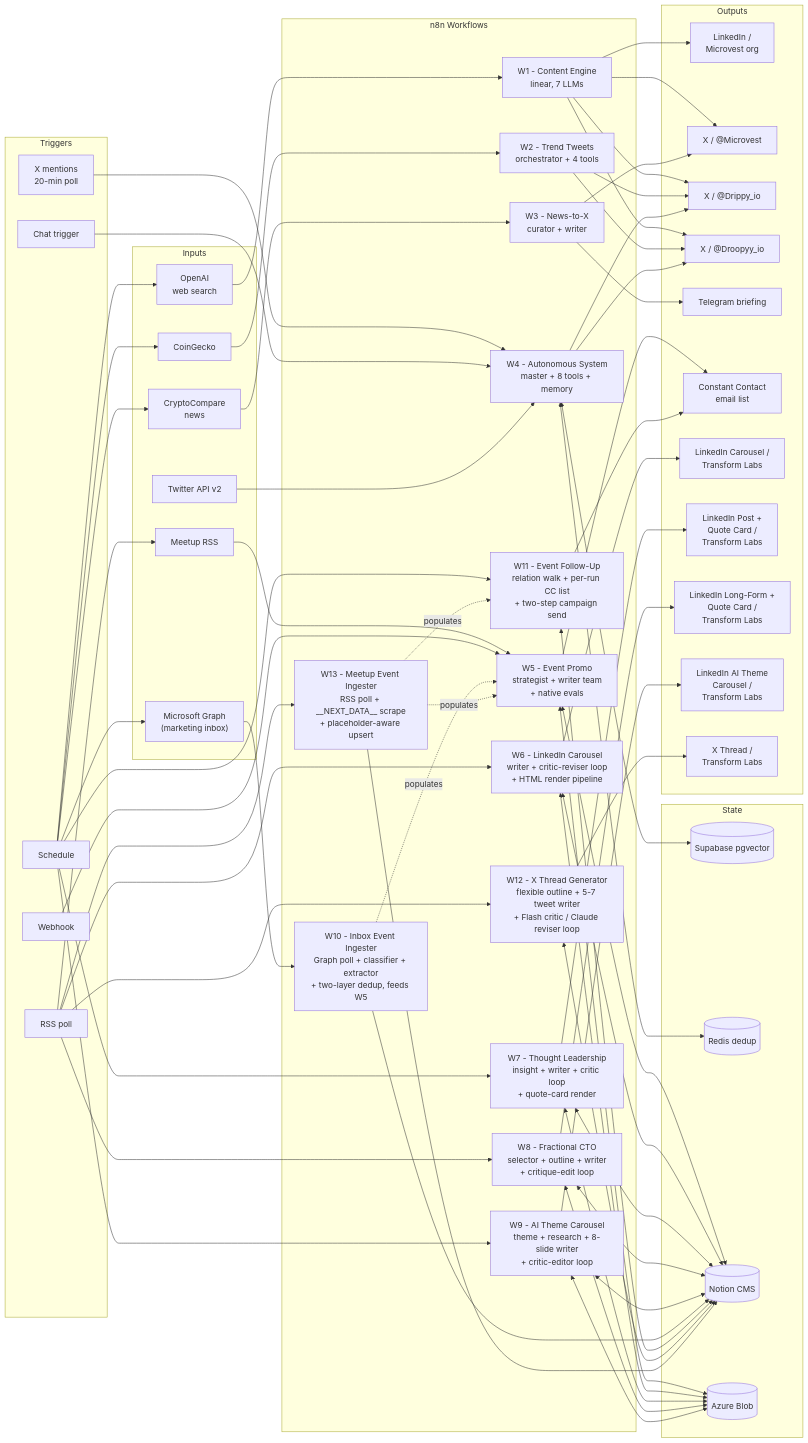
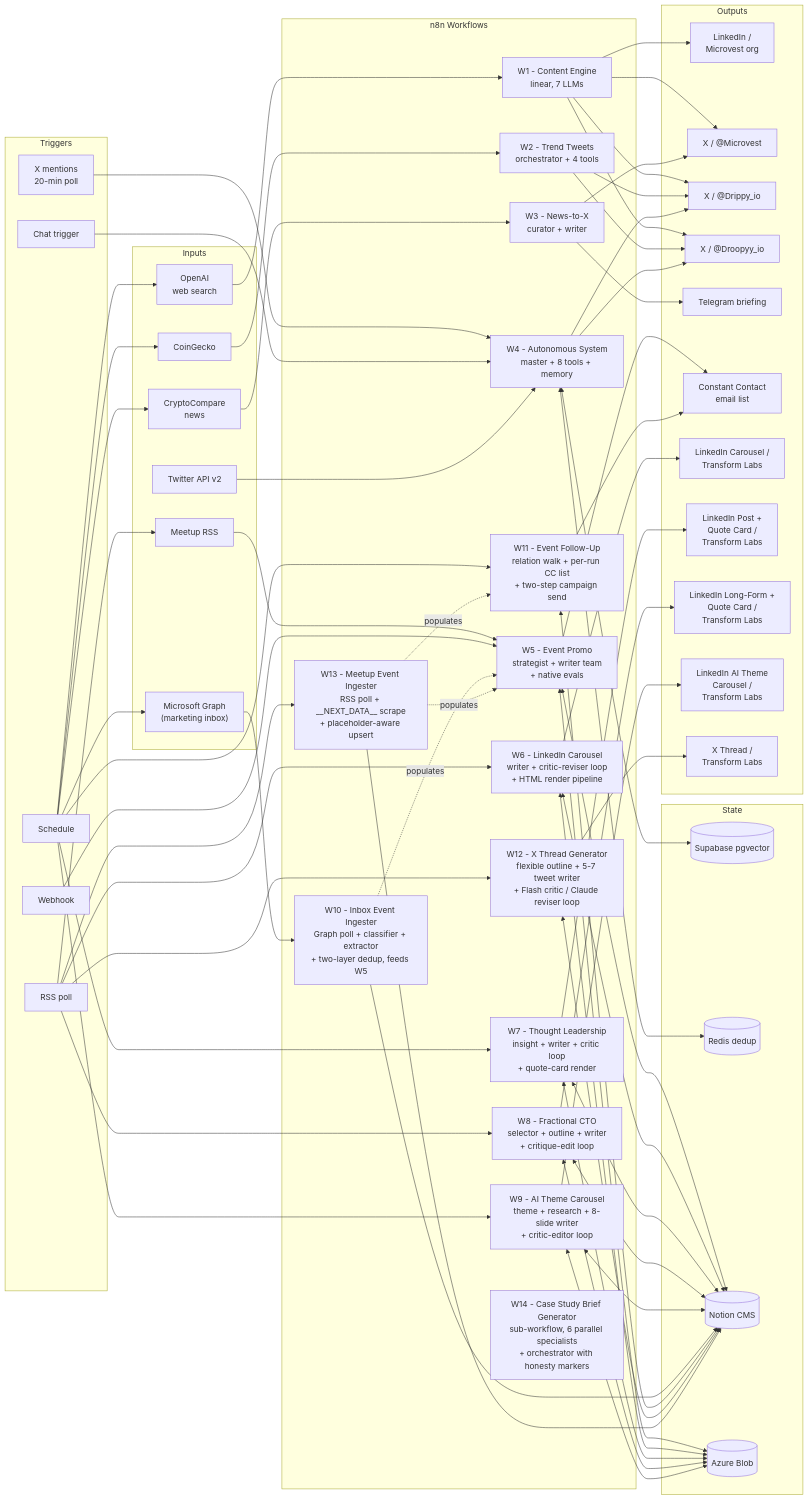
Before and after one commit to Talonsturgill/Automations: the diagram in README.md, drawn with Mermaid. The commit also changed other lines of this file and 2 other files, not shown here.

First line of the commit message:
Document W14 — Case Study Brief Generator (#12)

```diff
--- a/README.md
+++ b/README.md
@@ -99,6 +103,7 @@
         W11["W11 - Event Follow-Up<br/>relation walk + per-run CC list<br/>+ two-step campaign send"]
         W12["W12 - X Thread Generator<br/>flexible outline + 5-7 tweet writer<br/>+ Flash critic / Claude reviser loop"]
         W13["W13 - Meetup Event Ingester<br/>RSS poll + __NEXT_DATA__ scrape<br/>+ placeholder-aware upsert"]
+        W14["W14 - Case Study Brief Generator<br/>sub-workflow, 6 parallel specialists<br/>+ orchestrator with honesty markers"]
     end
 
     subgraph memory["State"]
```
